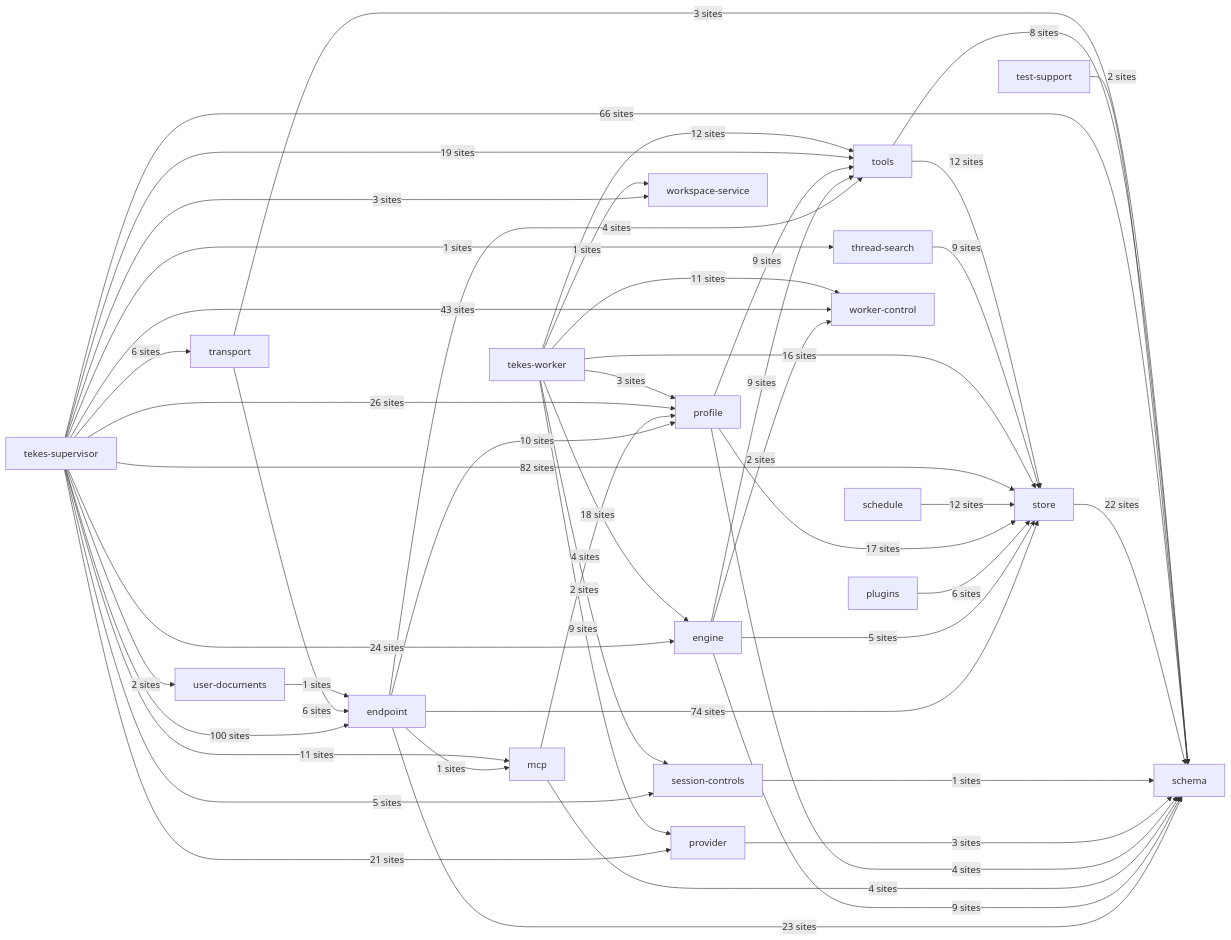
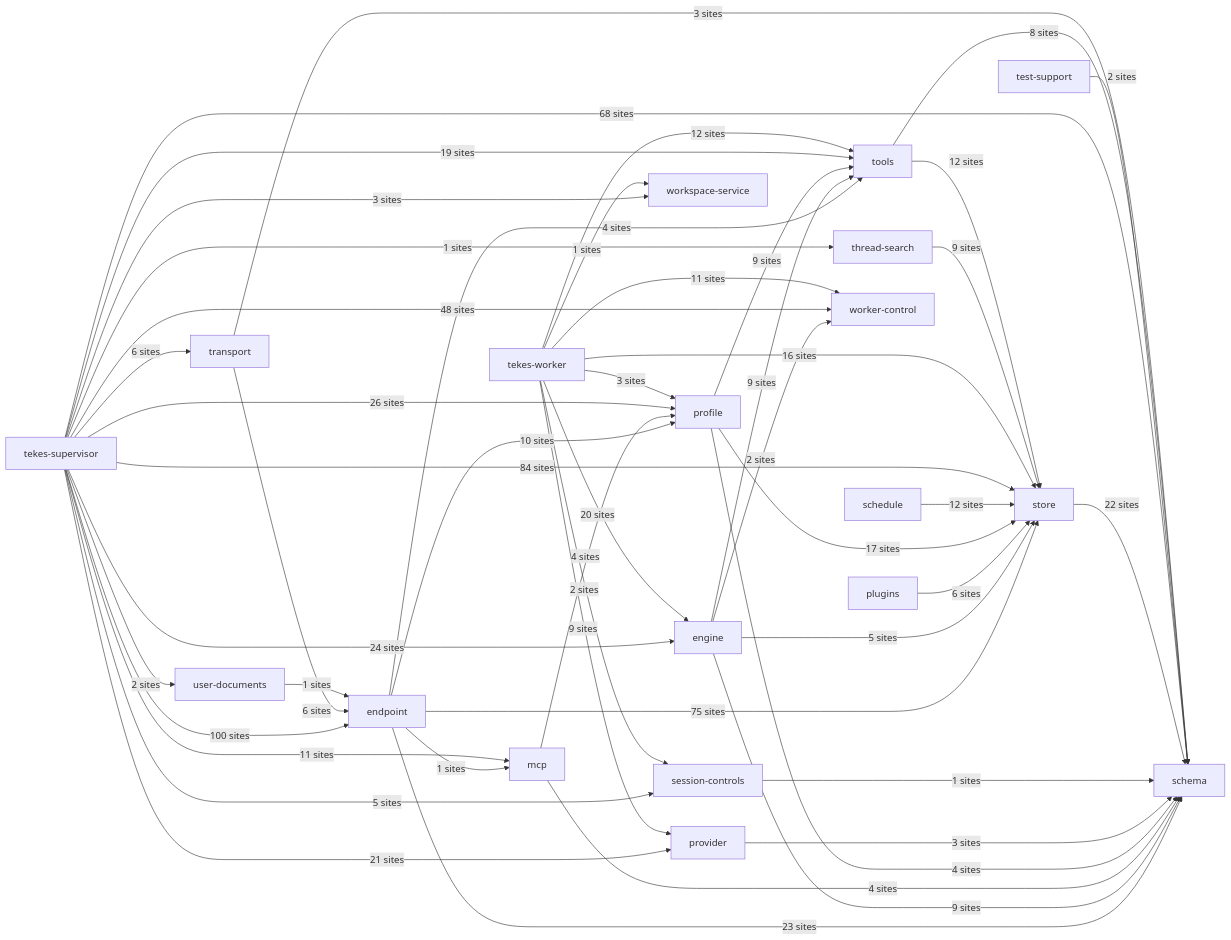
The second of 2 diagrams in docs/architecture/generated/index.md (TekesApps/TekesKernel), drawn with Mermaid before and after one commit. The commit also changed other lines of this file and 69 other files, not shown here.

````diff
--- a/docs/architecture/generated/index.md
+++ b/docs/architecture/generated/index.md
@@ -149,70 +149,70 @@
 ```mermaid
 flowchart LR
   p1["endpoint"]
   p2["engine"]
   p4["mcp"]
   p5["plugins"]
   p6["profile"]
   p7["provider"]
   p8["schedule"]
   p9["schema"]
   p10["session-controls"]
   p11["store"]
   p12["tekes-supervisor"]
   p13["tekes-worker"]
   p14["test-support"]
   p15["thread-search"]
   p16["tools"]
   p17["transport"]
   p18["user-documents"]
   p19["worker-control"]
   p20["workspace-service"]
   p1 -->|"1 sites"| p4
   p1 -->|"10 sites"| p6
   p1 -->|"23 sites"| p9
-  p1 -->|"74 sites"| p11
+  p1 -->|"75 sites"| p11
   p1 -->|"4 sites"| p16
   p2 -->|"9 sites"| p9
   p2 -->|"5 sites"| p11
   p2 -->|"9 sites"| p16
   p2 -->|"2 sites"| p19
   p4 -->|"4 sites"| p6
   p4 -->|"4 sites"| p9
   p5 -->|"6 sites"| p11
   p6 -->|"4 sites"| p9
   p6 -->|"17 sites"| p11
   p6 -->|"9 sites"| p16
   p7 -->|"3 sites"| p9
   p8 -->|"12 sites"| p11
   p10 -->|"1 sites"| p9
   p11 -->|"22 sites"| p9
   p12 -->|"100 sites"| p1
   p12 -->|"24 sites"| p2
   p12 -->|"11 sites"| p4
   p12 -->|"26 sites"| p6
   p12 -->|"21 sites"| p7
-  p12 -->|"66 sites"| p9
+  p12 -->|"68 sites"| p9
   p12 -->|"5 sites"| p10
-  p12 -->|"82 sites"| p11
+  p12 -->|"84 sites"| p11
   p12 -->|"1 sites"| p15
   p12 -->|"19 sites"| p16
   p12 -->|"6 sites"| p17
   p12 -->|"2 sites"| p18
-  p12 -->|"43 sites"| p19
+  p12 -->|"48 sites"| p19
   p12 -->|"3 sites"| p20
-  p13 -->|"18 sites"| p2
+  p13 -->|"20 sites"| p2
   p13 -->|"3 sites"| p6
   p13 -->|"9 sites"| p7
   p13 -->|"2 sites"| p10
   p13 -->|"16 sites"| p11
   p13 -->|"12 sites"| p16
   p13 -->|"11 sites"| p19
   p13 -->|"1 sites"| p20
   p14 -->|"2 sites"| p9
   p15 -->|"9 sites"| p11
   p16 -->|"8 sites"| p9
   p16 -->|"12 sites"| p11
   p17 -->|"6 sites"| p1
   p17 -->|"3 sites"| p9
   p18 -->|"1 sites"| p1
 ```
````
